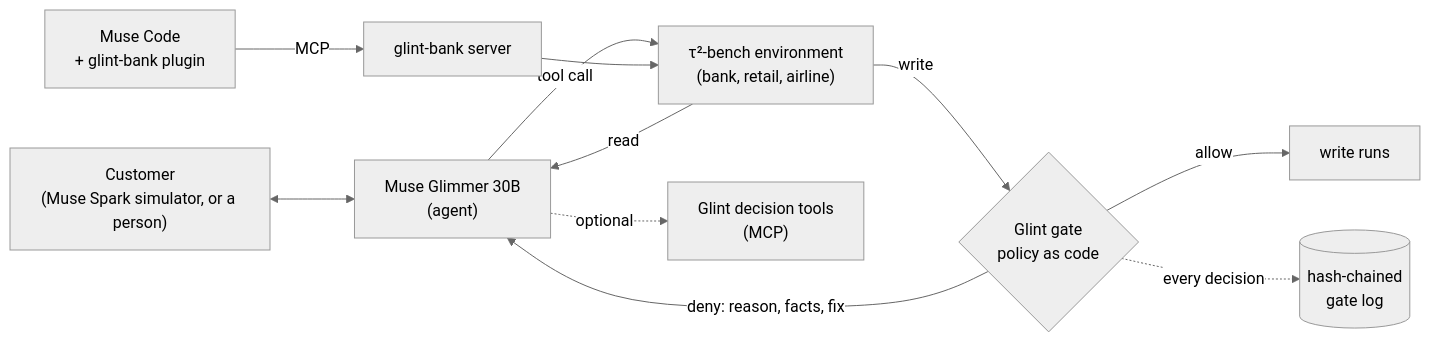
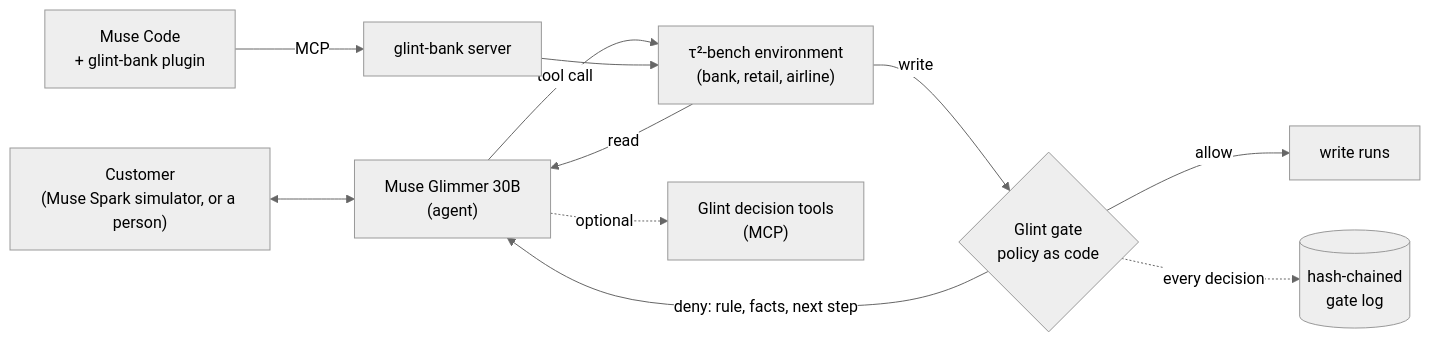
Before and after one commit to quanticsoul4772/glint: the diagram in README.md, drawn with Mermaid (neutral theme). The commit also changed other lines of this file and 4 other files, not shown here.

````diff
--- a/README.md
+++ b/README.md
@@ -17,12 +45,12 @@
 ```mermaid
 flowchart LR
     C["Customer<br/>(Muse Spark simulator, or a person)"] <--> A["Muse Glimmer 30B<br/>(agent)"]
     A -- "tool call" --> E["τ²-bench environment<br/>(bank, retail, airline)"]
     E -- "read" --> A
     E -- "write" --> G{"Glint gate<br/>policy as code"}
     G -- "allow" --> W["write runs"]
-    G -- "deny: reason, facts, fix" --> A
+    G -- "deny: rule, facts, next step" --> A
     G -. "every decision" .-> L[("hash-chained<br/>gate log")]
     A -. "optional" .-> T["Glint decision tools<br/>(MCP)"]
     M["Muse Code<br/>+ glint-bank plugin"] -- "MCP" --> S["glint-bank server"] --> E
 ```
````
